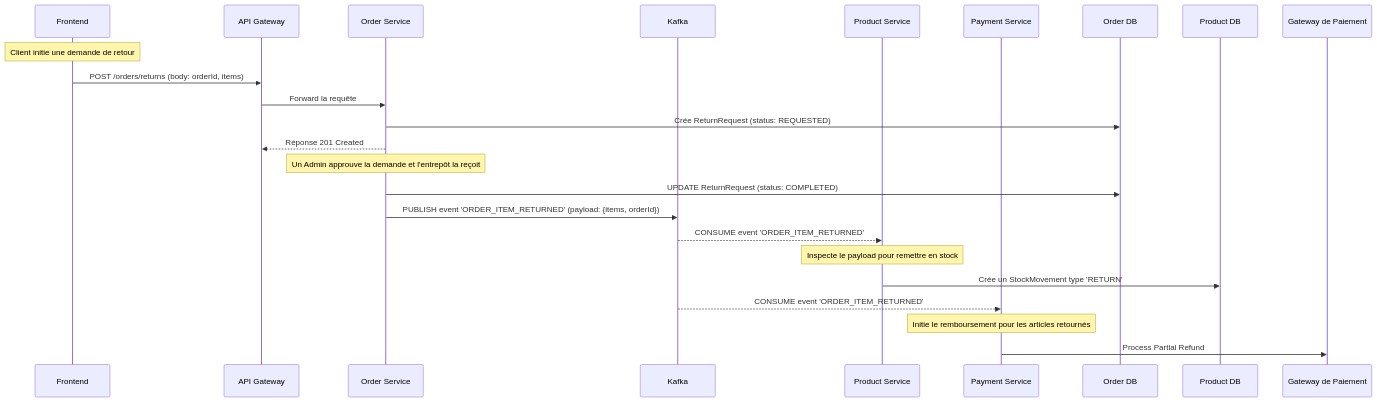
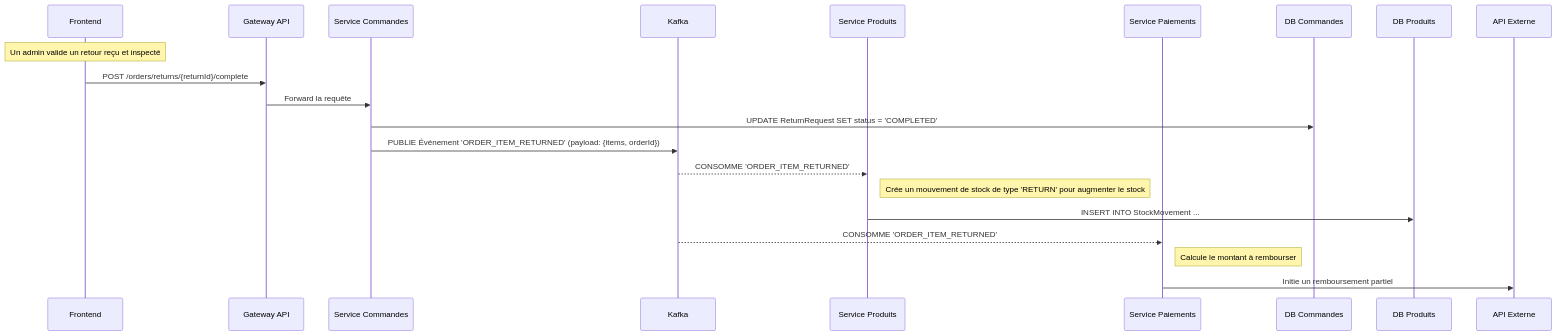
One commit to HarcheSamir/esisba-lirmm-ecommerce changed the fifth of 5 diagrams in post-order.md. Above: the diagram before and after it, drawn with Mermaid. The commit also changed other lines of this file, not shown here.

````diff
--- a/post-order.md
+++ b/post-order.md
@@ -206,27 +211,23 @@
 ```mermaid
 sequenceDiagram
     participant Frontend
-    participant API Gateway
-    participant Order Service
+    participant Gateway API
+    participant Service Commandes
     participant Kafka
-    participant Product Service
-    participant Payment Service
+    participant Service Produits
+    participant Service Paiements
 
-    Note over Frontend: Client initie une demande de retour
-    Frontend->>API Gateway: POST /orders/returns (body: orderId, items)
-    API Gateway->>Order Service: Forward la requête
-    Order Service->>Order DB: Crée ReturnRequest (status: REQUESTED)
-    Order Service-->>API Gateway: Réponse 201 Created
+    Note over Frontend: Un admin valide un retour reçu et inspecté
+    Frontend->>Gateway API: POST /orders/returns/{returnId}/complete
+    Gateway API->>Service Commandes: Forward la requête
+    Service Commandes->>DB Commandes: UPDATE ReturnRequest SET status = 'COMPLETED'
+    Service Commandes->>Kafka: PUBLIE Événement 'ORDER_ITEM_RETURNED' (payload: {items, orderId})
 
-    Note over Order Service: Un Admin approuve la demande et l'entrepôt la reçoit
-    Order Service->>Order DB: UPDATE ReturnRequest (status: COMPLETED)
-    Order Service->>Kafka: PUBLISH event 'ORDER_ITEM_RETURNED' (payload: {items, orderId})
+    Kafka-->>Service Produits: CONSOMME 'ORDER_ITEM_RETURNED'
+    Note right of Service Produits: Crée un mouvement de stock de type 'RETURN' pour augmenter le stock
+    Service Produits->>DB Produits: INSERT INTO StockMovement ...
 
-    Kafka-->>Product Service: CONSUME event 'ORDER_ITEM_RETURNED'
-    Note over Product Service: Inspecte le payload pour remettre en stock
-    Product Service->>Product DB: Crée un StockMovement type 'RETURN'
-
-    Kafka-->>Payment Service: CONSUME event 'ORDER_ITEM_RETURNED'
-    Note over Payment Service: Initie le remboursement pour les articles retournés
-    Payment Service->>Gateway de Paiement: Process Partial Refund
+    Kafka-->>Service Paiements: CONSOMME 'ORDER_ITEM_RETURNED'
+    Note right of Service Paiements: Calcule le montant à rembourser
+    Service Paiements->>API Externe: Initie un remboursement partiel
 ```
````
